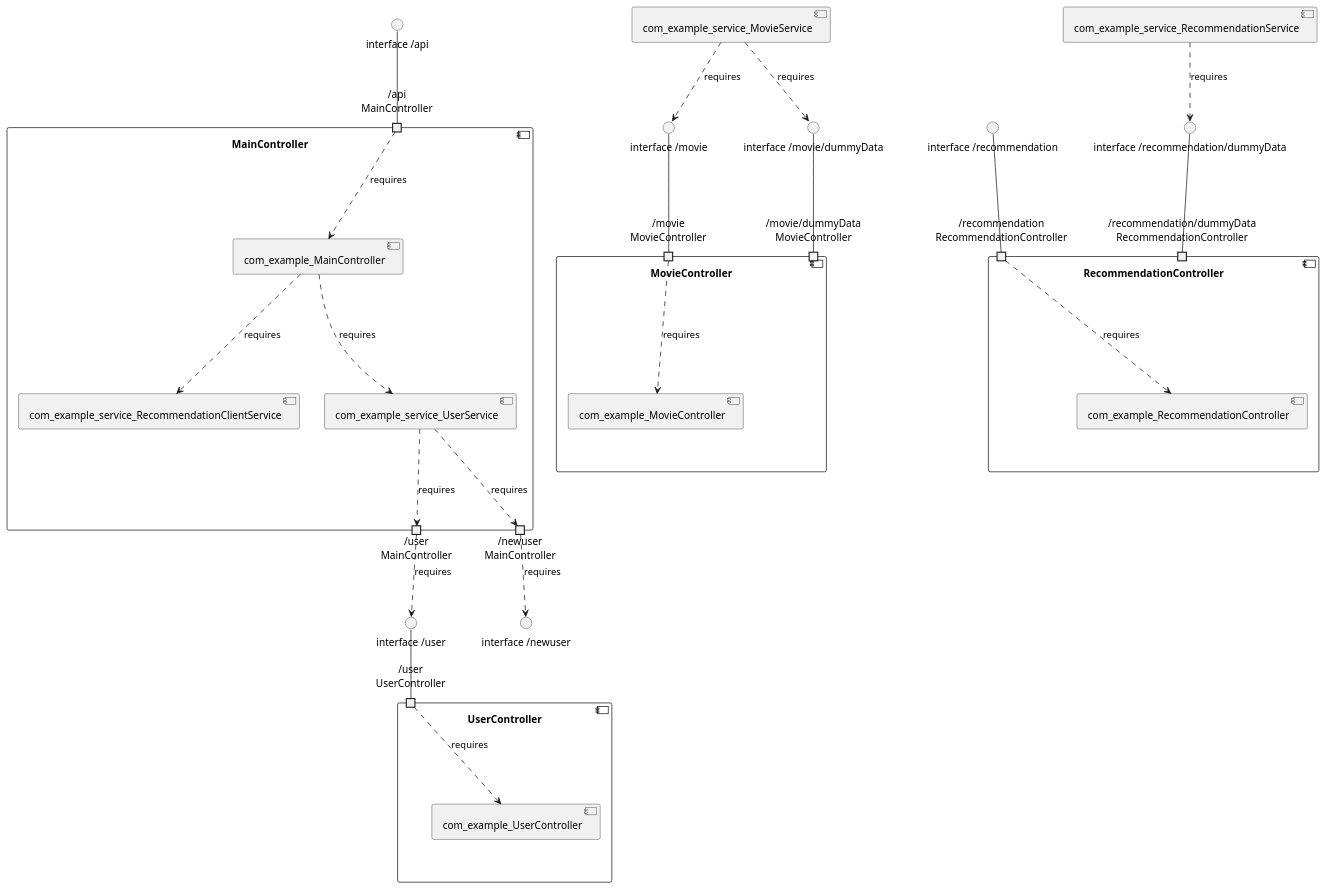
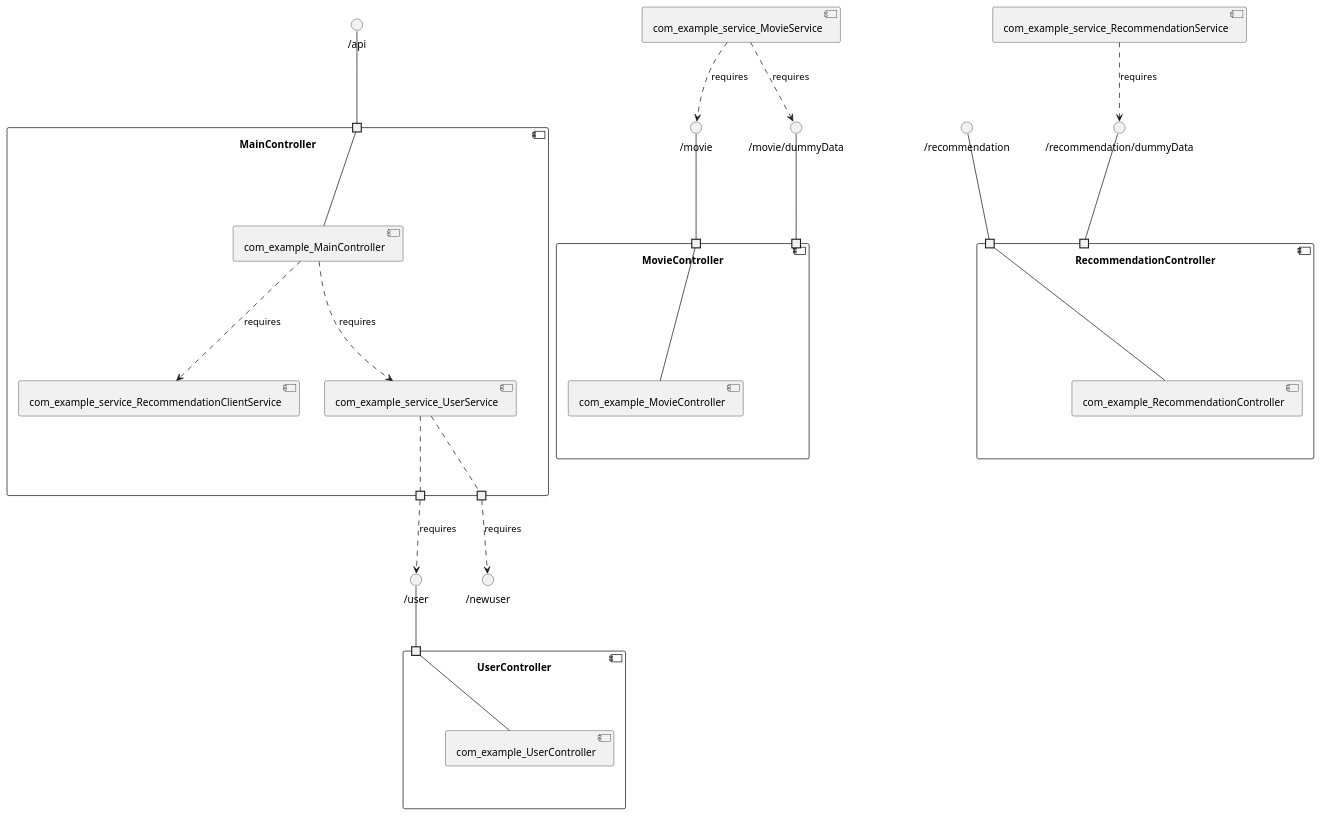
The diagram in spring-cloud-movie-recommendation/model_re/uml/componentDiagram.puml (View-Based-Reverse-Engineering/Retriever-Benchmark), drawn with PlantUML before and after one commit. The commit also changed 148 other files, not shown here.

```diff
--- a/spring-cloud-movie-recommendation/model_re/uml/componentDiagram.puml
+++ b/spring-cloud-movie-recommendation/model_re/uml/componentDiagram.puml
@@ -1,45 +1,56 @@
 @startuml
 skinparam fixCircleLabelOverlapping true
 component "MainController\n\n\n\n\n\n" {
+[com_example_MainController]
 [com_example_service_UserService]
 [com_example_service_RecommendationClientService]
-[com_example_MainController]
-portin "/api\nMainController"
-portout "/user\nMainController"
-portout "/newuser\nMainController"
+portin " " as MainController.requires._api
+portout " " as MainController.provides._user
+portout " " as MainController.provides._newuser
+[com_example_MainController]..>[com_example_service_RecommendationClientService] : requires
 [com_example_MainController]..>[com_example_service_UserService] : requires
-[com_example_MainController]..>[com_example_service_RecommendationClientService] : requires
-"/api\nMainController"..>[com_example_MainController] : requires
-[com_example_service_UserService]..>"/user\nMainController" : requires
-[com_example_service_UserService]..>"/newuser\nMainController" : requires
+"MainController.requires._api"--[com_example_MainController]
+[com_example_service_UserService].."MainController.provides._user"
+[com_example_service_UserService].."MainController.provides._newuser"
 }
-"interface /api"--"/api\nMainController"
-"/user\nMainController"..>"interface /user" : requires
-"/newuser\nMainController"..>"interface /newuser" : requires
+interface "/api" as interface._api
+interface._api--"MainController.requires._api"
+interface "/user" as interface._user
+"MainController.provides._user"..>interface._user : requires
+interface "/newuser" as interface._newuser
+"MainController.provides._newuser"..>interface._newuser : requires
 component "MovieController\n\n\n\n\n\n" {
 [com_example_MovieController]
-portin "/movie\nMovieController"
-portin "/movie/dummyData\nMovieController"
-"/movie\nMovieController"..>[com_example_MovieController] : requires
+portin " " as MovieController.requires._movie
+portin " " as MovieController.requires._movie_dummyData
+"MovieController.requires._movie"--[com_example_MovieController]
 }
-"interface /movie"--"/movie\nMovieController"
-"interface /movie/dummyData"--"/movie/dummyData\nMovieController"
+interface "/movie" as interface._movie
+interface._movie--"MovieController.requires._movie"
+interface "/movie/dummyData" as interface._movie_dummyData
+interface._movie_dummyData--"MovieController.requires._movie_dummyData"
 component "RecommendationController\n\n\n\n\n\n" {
 [com_example_RecommendationController]
-portin "/recommendation/dummyData\nRecommendationController"
-portin "/recommendation\nRecommendationController"
-"/recommendation\nRecommendationController"..>[com_example_RecommendationController] : requires
+portin " " as RecommendationController.requires._recommendation_dummyData
+portin " " as RecommendationController.requires._recommendation
+"RecommendationController.requires._recommendation"--[com_example_RecommendationController]
 }
-"interface /recommendation"--"/recommendation\nRecommendationController"
-"interface /recommendation/dummyData"--"/recommendation/dummyData\nRecommendationController"
+interface "/recommendation" as interface._recommendation
+interface._recommendation--"RecommendationController.requires._recommendation"
+interface "/recommendation/dummyData" as interface._recommendation_dummyData
+interface._recommendation_dummyData--"RecommendationController.requires._recommendation_dummyData"
 component "UserController\n\n\n\n\n\n" {
 [com_example_UserController]
-portin "/user\nUserController"
-"/user\nUserController"..>[com_example_UserController] : requires
+portin " " as UserController.requires._user
+"UserController.requires._user"--[com_example_UserController]
 }
-"interface /user"--"/user\nUserController"
-[com_example_service_MovieService]..>"interface /movie" : requires
-[com_example_service_MovieService]..>"interface /movie/dummyData" : requires
-[com_example_service_RecommendationService]..>"interface /recommendation/dummyData" : requires
+interface "/user" as interface._user
+interface._user--"UserController.requires._user"
+interface "/movie" as interface._movie
+[com_example_service_MovieService]..>interface._movie : requires
+interface "/movie/dummyData" as interface._movie_dummyData
+[com_example_service_MovieService]..>interface._movie_dummyData : requires
+interface "/recommendation/dummyData" as interface._recommendation_dummyData
+[com_example_service_RecommendationService]..>interface._recommendation_dummyData : requires
 
 @enduml
```
